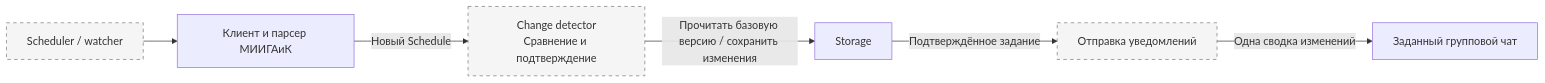
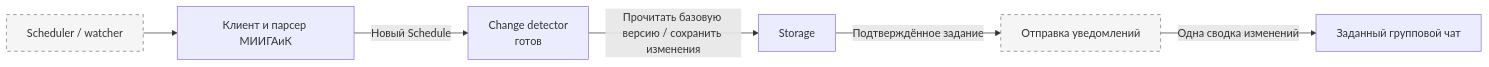
One commit to LeezyWannaFall/Lunara changed the second of 2 diagrams in README.md. Above: the diagram before and after it, drawn with Mermaid. The commit also changed other lines of this file and 1 other file, not shown here.

````diff
--- a/README.md
+++ b/README.md
@@ -56,10 +57,10 @@
 ```mermaid
 flowchart LR
     Watcher["Scheduler / watcher"] --> Source["Клиент и парсер МИИГАиК"]
-    Source -->|"Новый Schedule"| Detector["Change detector<br/>Сравнение и подтверждение"]
+    Source -->|"Новый Schedule"| Detector["Change detector<br/>готов"]
     Detector -->|"Прочитать базовую версию / сохранить изменения"| Storage
     Storage -->|"Подтверждённое задание"| Sender["Отправка уведомлений"]
     Sender -->|"Одна сводка изменений"| Chat["Заданный групповой чат"]
     classDef planned fill:#f5f5f5,stroke:#777,stroke-dasharray:5 5;
-    class Watcher,Detector,Sender planned;
+    class Watcher,Sender planned;
 ```
````
